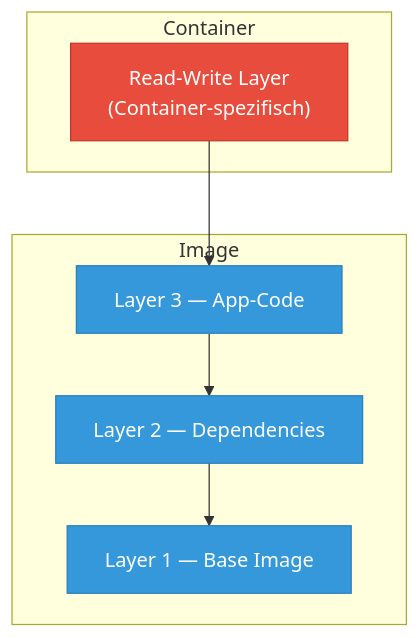
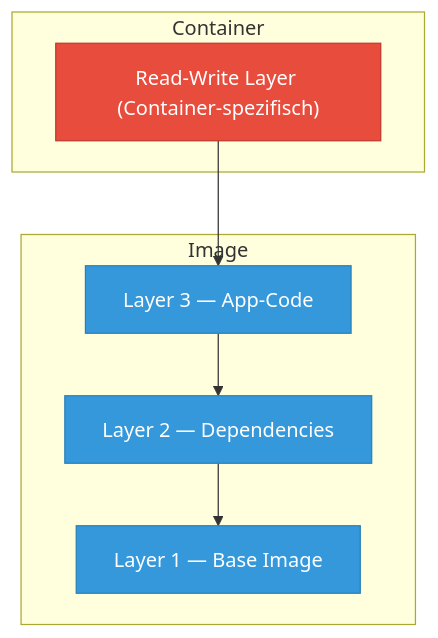
The first of 2 diagrams in Container/Docker/Konzepte/Docker Volumes und Storage.md (SoniiiT/notes-n-docs), drawn with Mermaid before and after one commit. The commit also changed other lines of this file and 124 other files, not shown here.

First line of the commit message:
fix: Entferne \n aus allen Mermaid-Diagrammen (125 Dateien)

````diff
--- a/Container/Docker/Konzepte/Docker Volumes und Storage.md
+++ b/Container/Docker/Konzepte/Docker Volumes und Storage.md
@@ -46,17 +46,17 @@
 ```mermaid
 graph TB
     subgraph Container
-        RW["Read-Write Layer\n(Container-spezifisch)"]
+        RW["Read-Write Layer (Container-spezifisch)"]
     end
     subgraph Image
         L3["Layer 3 — App-Code"]
         L2["Layer 2 — Dependencies"]
         L1["Layer 1 — Base Image"]
     end
     RW --> L3 --> L2 --> L1
 
     style RW fill:#e74c3c,stroke:#c0392b,color:#fff
     style L3 fill:#3498db,stroke:#2980b9,color:#fff
     style L2 fill:#3498db,stroke:#2980b9,color:#fff
     style L1 fill:#3498db,stroke:#2980b9,color:#fff
 ```
````
